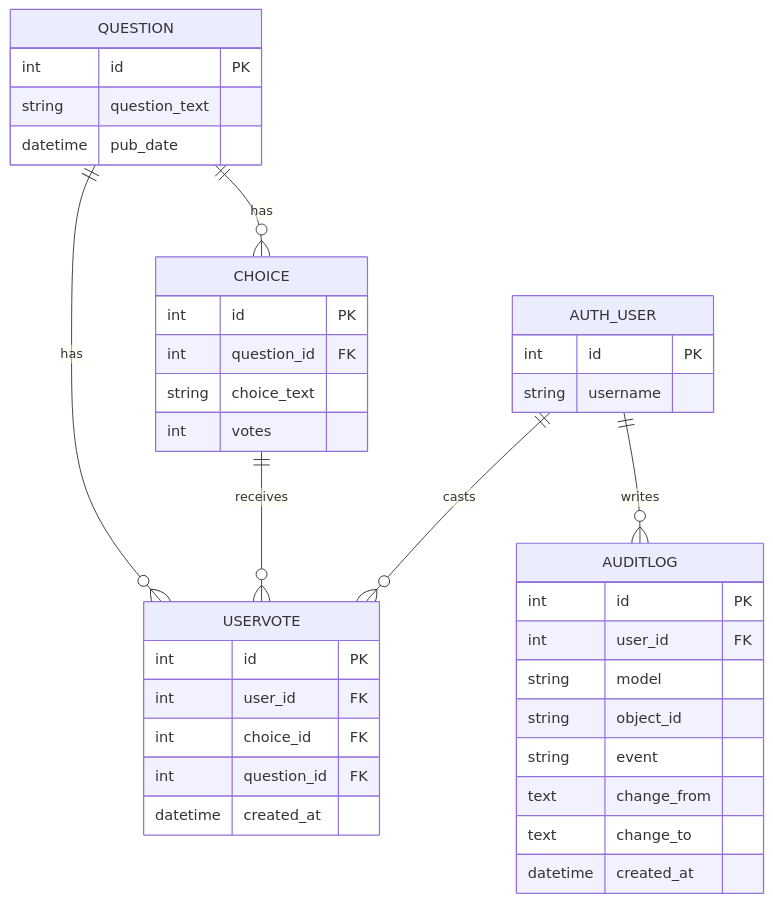
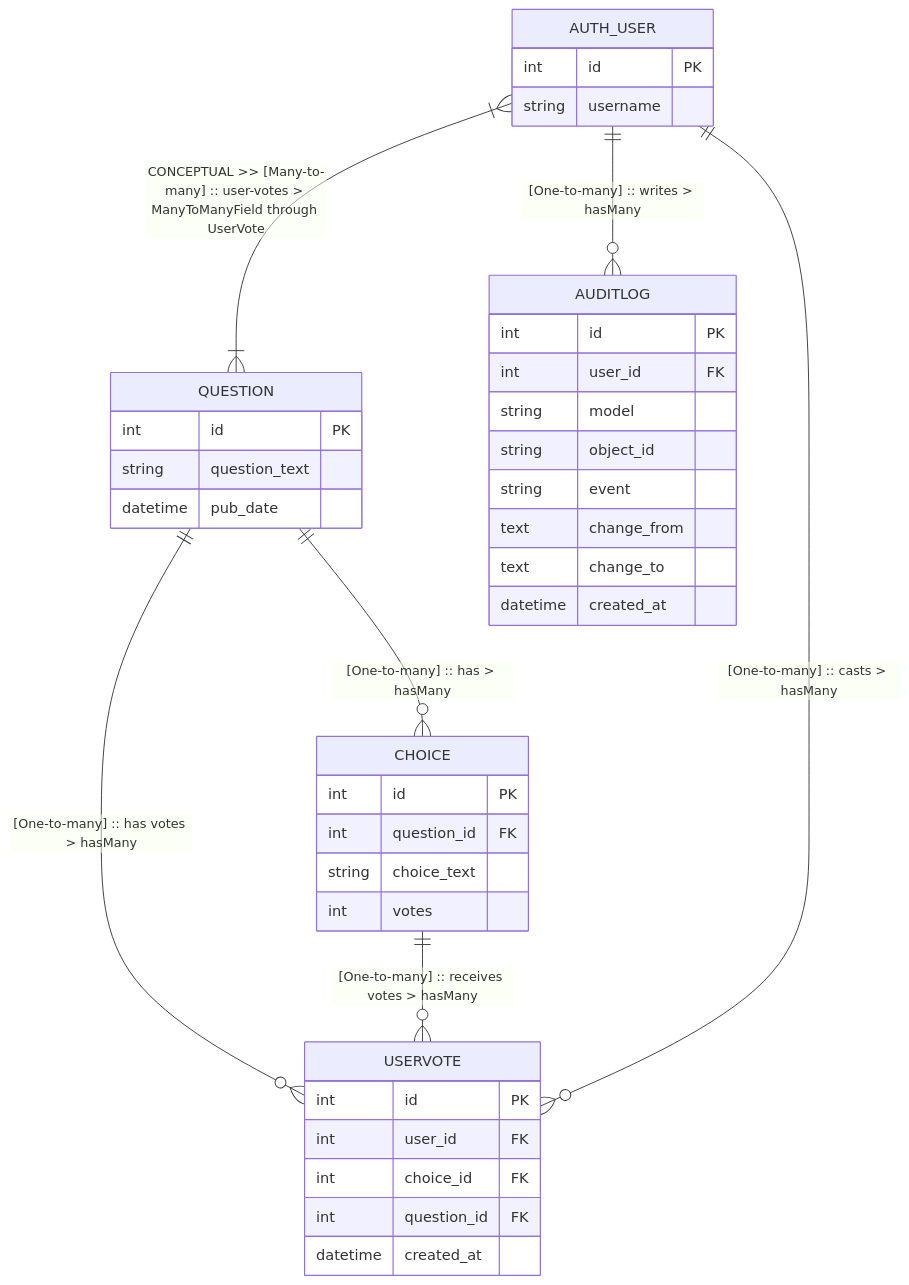
One commit to remcodesign/django-technical-assessment changed the first of 10 diagrams in logbook-diagrams.md. Above: the diagram before and after it, drawn with Mermaid. The commit also changed 2 other files, not shown here.

Commit message:
refactor :: we have now an serializer on the vote action, no direct data anymore from the request + added  a bit more relational info to the relational diagram

````diff
--- a/logbook-diagrams.md
+++ b/logbook-diagrams.md
@@ -7,45 +7,46 @@
 ```mermaid
 erDiagram
     AUTH_USER {
       int id PK
       string username
     }
 
     QUESTION {
       int id PK
       string question_text
       datetime pub_date
     }
 
     CHOICE {
       int id PK
       int question_id FK
       string choice_text
       int votes
     }
 
     USERVOTE {
       int id PK
       int user_id FK
       int choice_id FK
       int question_id FK
       datetime created_at
     }
 
     AUDITLOG {
       int id PK
       int user_id FK
       string model
       string object_id
       string event
       text change_from
       text change_to
       datetime created_at
     }
 
-    QUESTION ||--o{ CHOICE : "has"
-    QUESTION ||--o{ USERVOTE : "has"
-    CHOICE ||--o{ USERVOTE : "receives"
-    AUTH_USER ||--o{ USERVOTE : "casts"
-    AUTH_USER ||--o{ AUDITLOG : "writes"
+    QUESTION ||--o{ CHOICE : "[One-to-many] :: has > hasMany"
+    QUESTION ||--o{ USERVOTE : "[One-to-many] :: has votes > hasMany"
+    CHOICE ||--o{ USERVOTE : "[One-to-many] :: receives votes > hasMany"
+    AUTH_USER ||--o{ USERVOTE : "[One-to-many] :: casts > hasMany"
+    AUTH_USER ||--o{ AUDITLOG : "[One-to-many] :: writes > hasMany"
+    AUTH_USER }|--|{ QUESTION : "CONCEPTUAL >> [Many-to-many] :: user-votes > ManyToManyField through UserVote"
 ```
````
